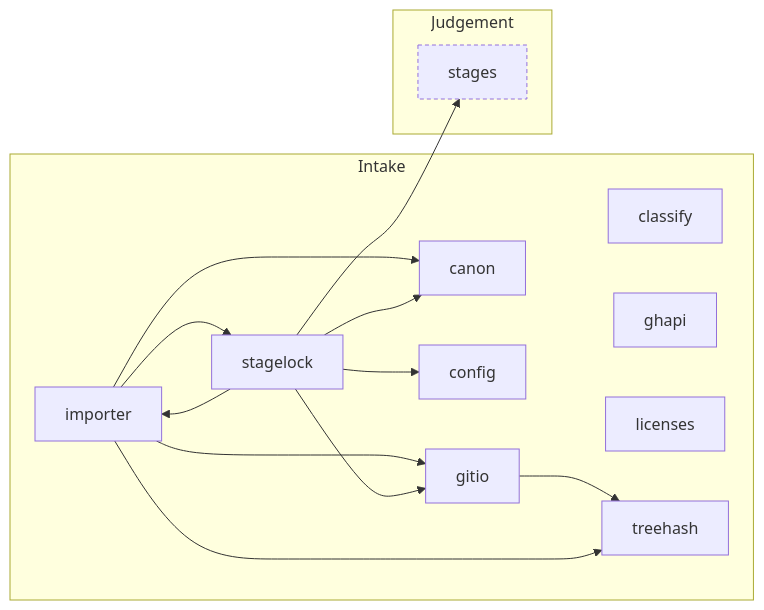
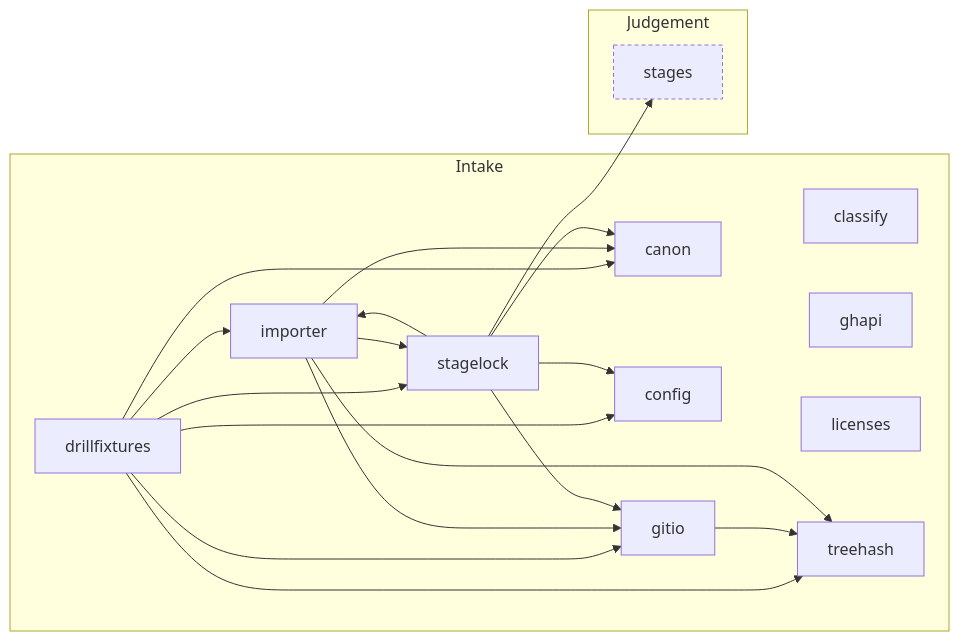
The fourth of 8 diagrams in docs/harita.md (Okan-wqm/snowball-mcp), drawn with Mermaid before and after one commit. The commit also changed other lines of this file and 2 other files, not shown here.

````diff
--- a/docs/harita.md
+++ b/docs/harita.md
@@ -183,28 +185,35 @@
 ```mermaid
 flowchart LR
   subgraph a_Intake["Intake"]
     m_canon["canon"]
     m_classify["classify"]
     m_config["config"]
+    m_drillfixtures["drillfixtures"]
     m_ghapi["ghapi"]
     m_gitio["gitio"]
     m_importer["importer"]
     m_licenses["licenses"]
     m_stagelock["stagelock"]
     m_treehash["treehash"]
   end
   subgraph a_Judgement["Judgement"]
     m_stages["stages"]:::outside
   end
+  m_drillfixtures --> m_canon
+  m_drillfixtures --> m_config
+  m_drillfixtures --> m_gitio
+  m_drillfixtures --> m_importer
+  m_drillfixtures --> m_stagelock
+  m_drillfixtures --> m_treehash
   m_gitio --> m_treehash
   m_importer --> m_canon
   m_importer --> m_gitio
   m_importer --> m_stagelock
   m_importer --> m_treehash
   m_stagelock --> m_canon
   m_stagelock --> m_config
   m_stagelock --> m_gitio
   m_stagelock --> m_importer
   m_stagelock --> m_stages
   classDef outside stroke-dasharray: 4 3
 ```
````
